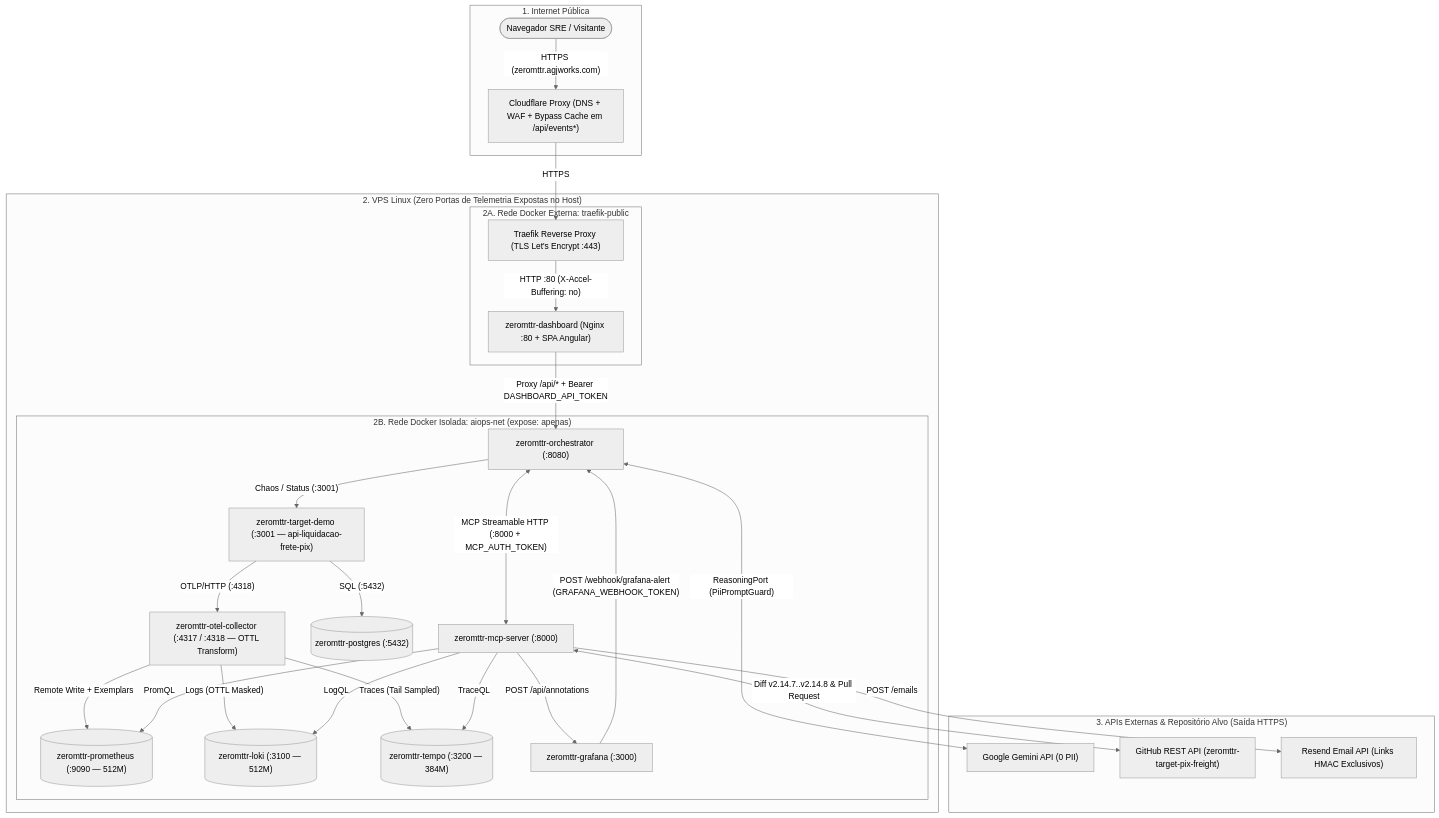
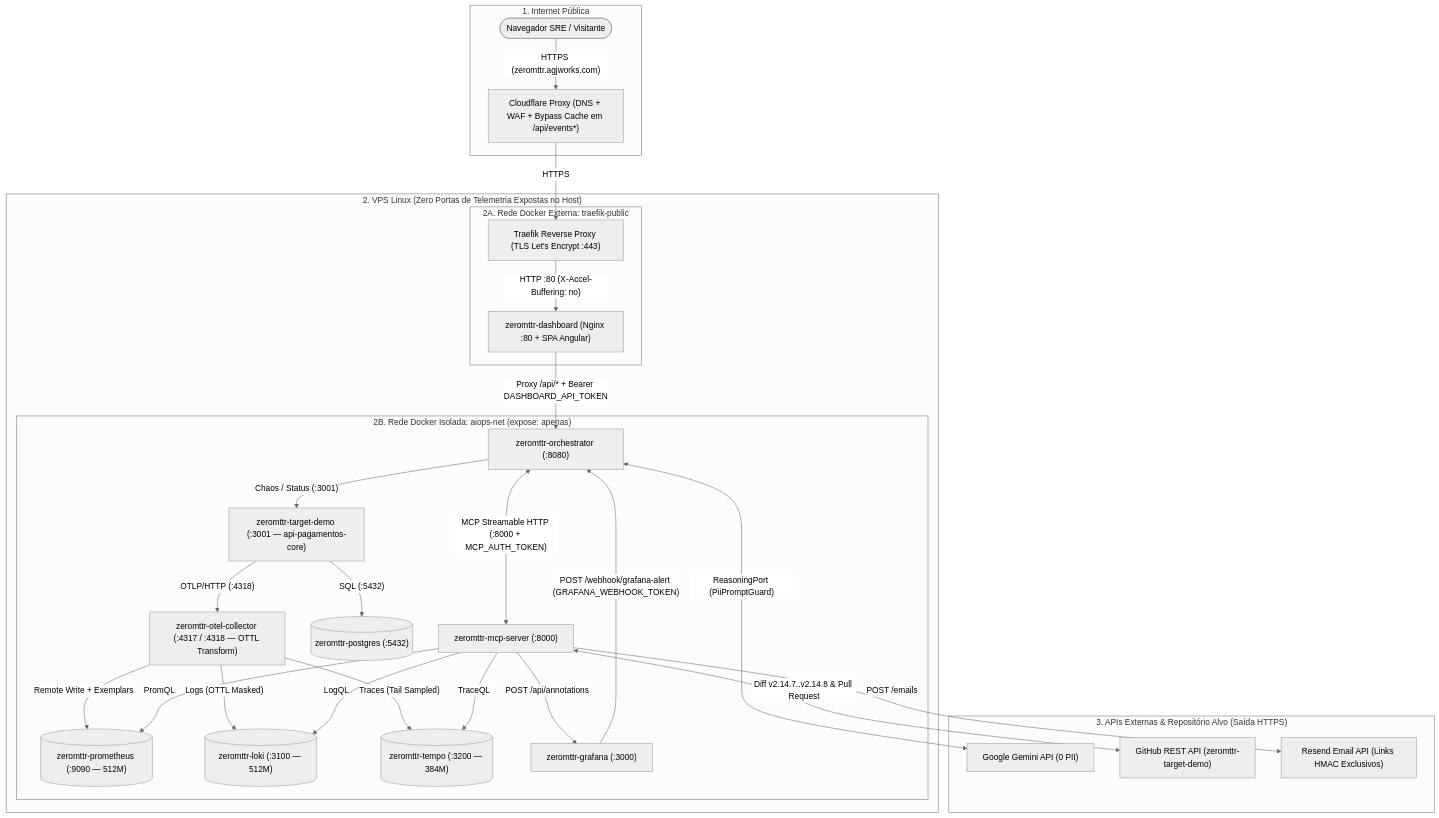
One commit to AdmilsonGoncalves/zeromttr changed the sixth of 6 diagrams in docs/pt-BR/01_system_diagrams.md. Above: the diagram before and after it, drawn with Mermaid (neutral theme). The commit also changed other lines of this file and 9 other files, not shown here.

Commit message:
docs: keep ZeroMTTR domain-agnostic (Clean Architecture) with api-pagamentos-core demo workload

````diff
--- a/docs/pt-BR/01_system_diagrams.md
+++ b/docs/pt-BR/01_system_diagrams.md
@@ -456,56 +456,56 @@
 ```mermaid
 flowchart TD
     subgraph Internet["1. Internet Pública"]
         USER(["Navegador SRE / Visitante"])
         CF["Cloudflare Proxy (DNS + WAF + Bypass Cache em /api/events*)"]
     end
 
     subgraph VPS["2. VPS Linux (Zero Portas de Telemetria Expostas no Host)"]
         subgraph Rede_Externa["2A. Rede Docker Externa: traefik-public"]
             TRAEFIK["Traefik Reverse Proxy (TLS Let's Encrypt :443)"]
             DASH["zeromttr-dashboard (Nginx :80 + SPA Angular)"]
         end
 
         subgraph Rede_Interna["2B. Rede Docker Isolada: aiops-net (expose: apenas)"]
             ORCH["zeromttr-orchestrator (:8080)"]
             MCP["zeromttr-mcp-server (:8000)"]
-            DEMO["zeromttr-target-demo (:3001 — api-liquidacao-frete-pix)"]
+            DEMO["zeromttr-target-demo (:3001 — api-pagamentos-core)"]
             PG[("zeromttr-postgres (:5432)")]
             OTEL["zeromttr-otel-collector (:4317 / :4318 — OTTL Transform)"]
             PROM[("zeromttr-prometheus (:9090 — 512M)")]
             LOKI[("zeromttr-loki (:3100 — 512M)")]
             TEMPO[("zeromttr-tempo (:3200 — 384M)")]
             GRAF["zeromttr-grafana (:3000)"]
         end
     end
 
     subgraph Cloud_APIs["3. APIs Externas & Repositório Alvo (Saída HTTPS)"]
         GEMINI["Google Gemini API (0 PII)"]
-        GITHUB["GitHub REST API (zeromttr-target-pix-freight)"]
+        GITHUB["GitHub REST API (zeromttr-target-demo)"]
         RESEND["Resend Email API (Links HMAC Exclusivos)"]
     end
 
     USER -->|"HTTPS (zeromttr.agjworks.com)"| CF
     CF -->|"HTTPS"| TRAEFIK
     TRAEFIK -->|"HTTP :80 (X-Accel-Buffering: no)"| DASH
     DASH -->|"Proxy /api/* + Bearer DASHBOARD_API_TOKEN"| ORCH
 
     ORCH <-->|"MCP Streamable HTTP (:8000 + MCP_AUTH_TOKEN)"| MCP
     ORCH -->|"Chaos / Status (:3001)"| DEMO
     ORCH <-->|"ReasoningPort (PiiPromptGuard)"| GEMINI
     GRAF -->|"POST /webhook/grafana-alert (GRAFANA_WEBHOOK_TOKEN)"| ORCH
 
     DEMO -->|"SQL (:5432)"| PG
     DEMO -->|"OTLP/HTTP (:4318)"| OTEL
 
     OTEL -->|"Remote Write + Exemplars"| PROM
     OTEL -->|"Logs (OTTL Masked)"| LOKI
     OTEL -->|"Traces (Tail Sampled)"| TEMPO
 
     MCP -->|"PromQL"| PROM
     MCP -->|"LogQL"| LOKI
     MCP -->|"TraceQL"| TEMPO
     MCP -->|"POST /api/annotations"| GRAF
     MCP <-->|"Diff v2.14.7..v2.14.8 & Pull Request"| GITHUB
     MCP -->|"POST /emails"| RESEND
 ```
````
